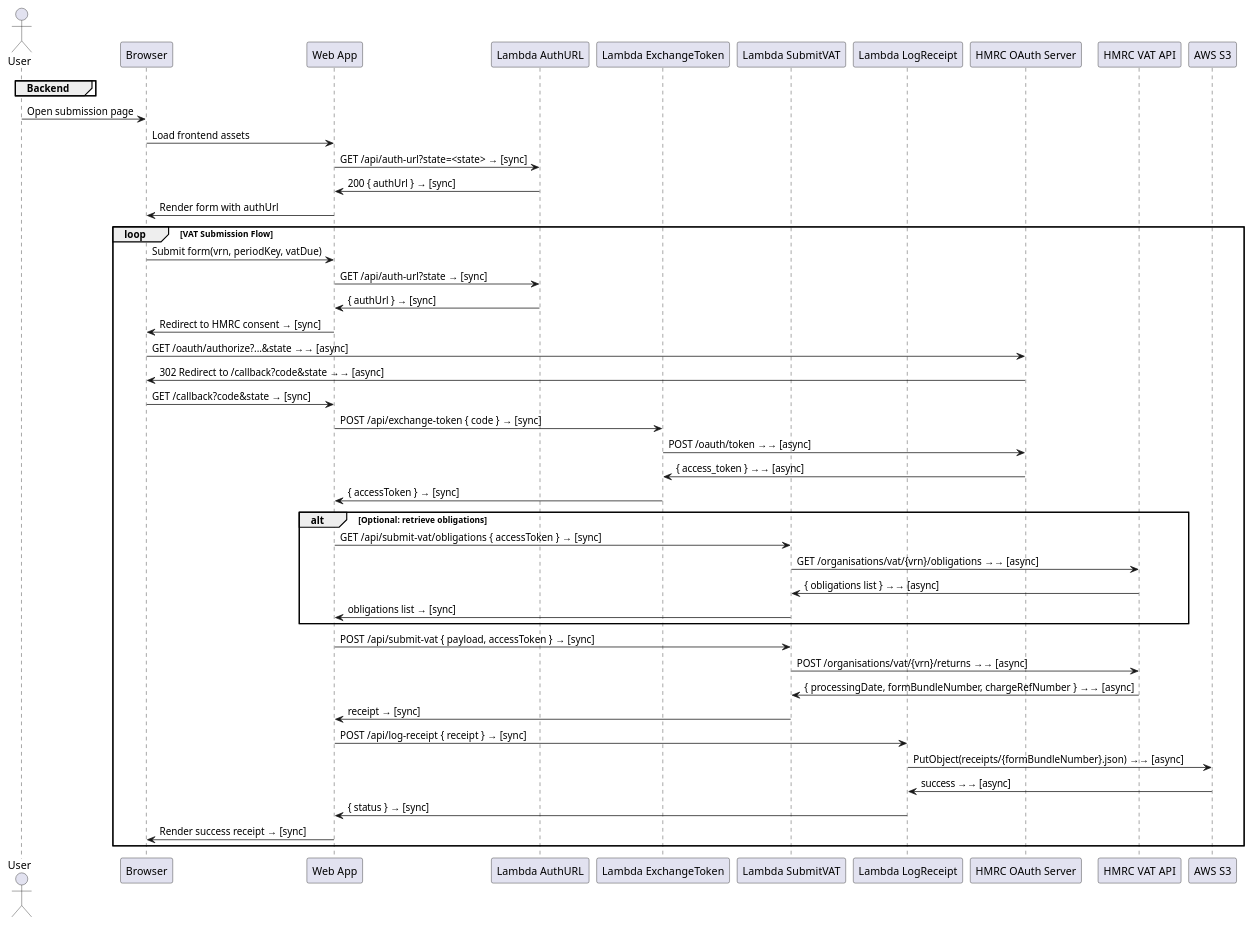
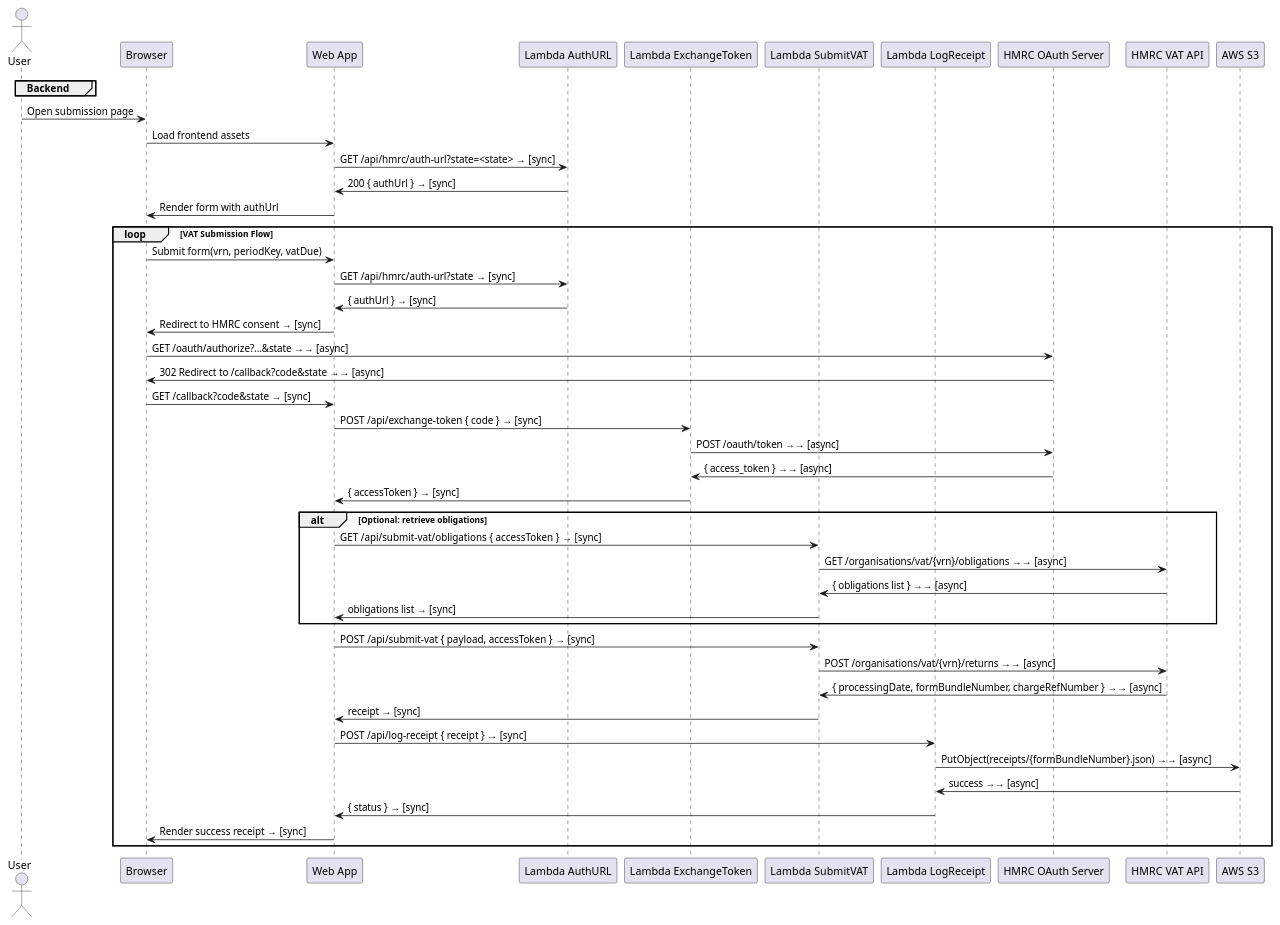
Before and after one commit to antonycc/submit.diyaccounting.co.uk: the diagram in _developers/SEQUENCE.plantuml, drawn with PlantUML. The commit also changed 17 other files, not shown here.

Commit message:
Update `/api/auth-url` to `/api/hmrc/auth-url`, refactor associated tests, scripts, and configurations for consistency. Add detailed logging in behaviour tests.

```diff
--- a/_developers/SEQUENCE.plantuml
+++ b/_developers/SEQUENCE.plantuml
@@ -1,54 +1,54 @@
 @startuml
 actor User
 participant Browser
 participant "Web App" as App
 group Backend
   participant "Lambda AuthURL" as AuthUrl
   participant "Lambda ExchangeToken" as ExchangeToken
   participant "Lambda SubmitVAT" as SubmitVat
   participant "Lambda LogReceipt" as LogReceipt
 end
 participant "HMRC OAuth Server" as HMRCAuth
 participant "HMRC VAT API" as HMRCApi
 participant "AWS S3" as S3
 
 User -> Browser: Open submission page
 Browser -> App: Load frontend assets
-App -> AuthUrl: GET /api/auth-url?state=<state> → [sync]
+App -> AuthUrl: GET /api/hmrc/auth-url?state=<state> → [sync]
 AuthUrl -> App: 200 { authUrl } → [sync]
 App -> Browser: Render form with authUrl
 
 loop VAT Submission Flow
   Browser -> App: Submit form(vrn, periodKey, vatDue)
-  App -> AuthUrl: GET /api/auth-url?state → [sync]
+  App -> AuthUrl: GET /api/hmrc/auth-url?state → [sync]
   AuthUrl -> App: { authUrl } → [sync]
   App -> Browser: Redirect to HMRC consent → [sync]
   Browser -> HMRCAuth: GET /oauth/authorize?...&state →→ [async]
   HMRCAuth -> Browser: 302 Redirect to /callback?code&state →→ [async]
   Browser -> App: GET /callback?code&state → [sync]
 
   App -> ExchangeToken: POST /api/exchange-token { code } → [sync]
   ExchangeToken -> HMRCAuth: POST /oauth/token →→ [async]
   HMRCAuth -> ExchangeToken: { access_token } →→ [async]
   ExchangeToken -> App: { accessToken } → [sync]
 
   alt Optional: retrieve obligations
     App -> SubmitVat: GET /api/submit-vat/obligations { accessToken } → [sync]
     SubmitVat -> HMRCApi: GET /organisations/vat/{vrn}/obligations →→ [async]
     HMRCApi -> SubmitVat: { obligations list } →→ [async]
     SubmitVat -> App: obligations list → [sync]
   end
 
   App -> SubmitVat: POST /api/submit-vat { payload, accessToken } → [sync]
   SubmitVat -> HMRCApi: POST /organisations/vat/{vrn}/returns →→ [async]
   HMRCApi -> SubmitVat: { processingDate, formBundleNumber, chargeRefNumber } →→ [async]
   SubmitVat -> App: receipt → [sync]
 
   App -> LogReceipt: POST /api/log-receipt { receipt } → [sync]
   LogReceipt -> S3: PutObject(receipts/{formBundleNumber}.json) →→ [async]
   S3 -> LogReceipt: success →→ [async]
   LogReceipt -> App: { status } → [sync]
 
   App -> Browser: Render success receipt → [sync]
 end
 @enduml
```
